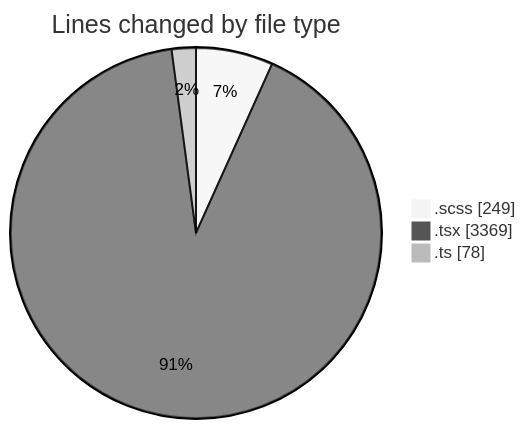
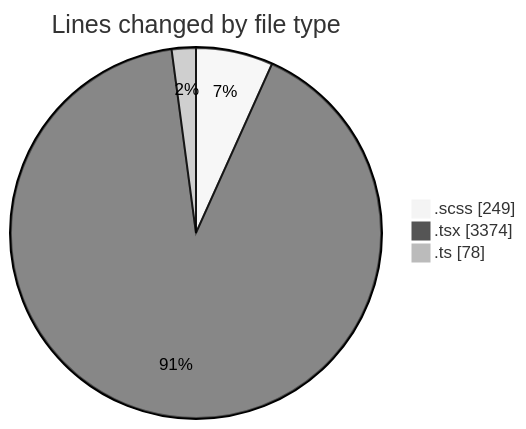
One commit to momahboobian/code-tracking changed the first of 2 diagrams in 2025-09-26/cda/README.md. Above: the diagram before and after it, drawn with Mermaid (neutral theme). The commit also changed other lines of this file and 1 other file, not shown here.

````diff
--- a/2025-09-26/cda/README.md
+++ b/2025-09-26/cda/README.md
@@ -24,7 +24,7 @@
 ```mermaid
 pie showData
 title Lines changed by file type
 ".scss" : 249
-".tsx" : 3369
+".tsx" : 3374
 ".ts" : 78
 ```
````
